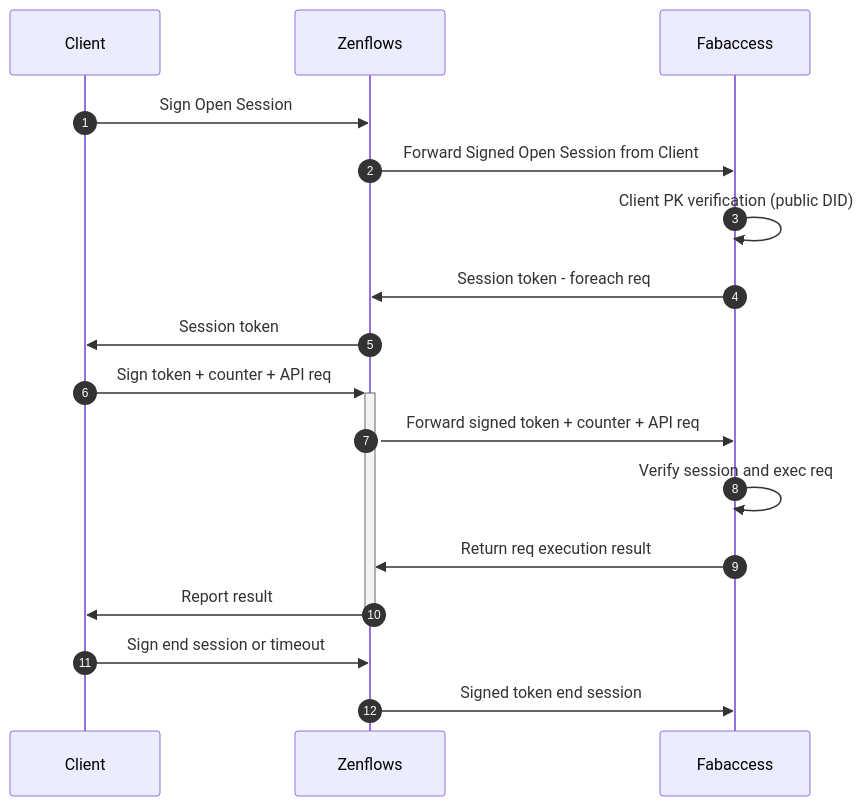
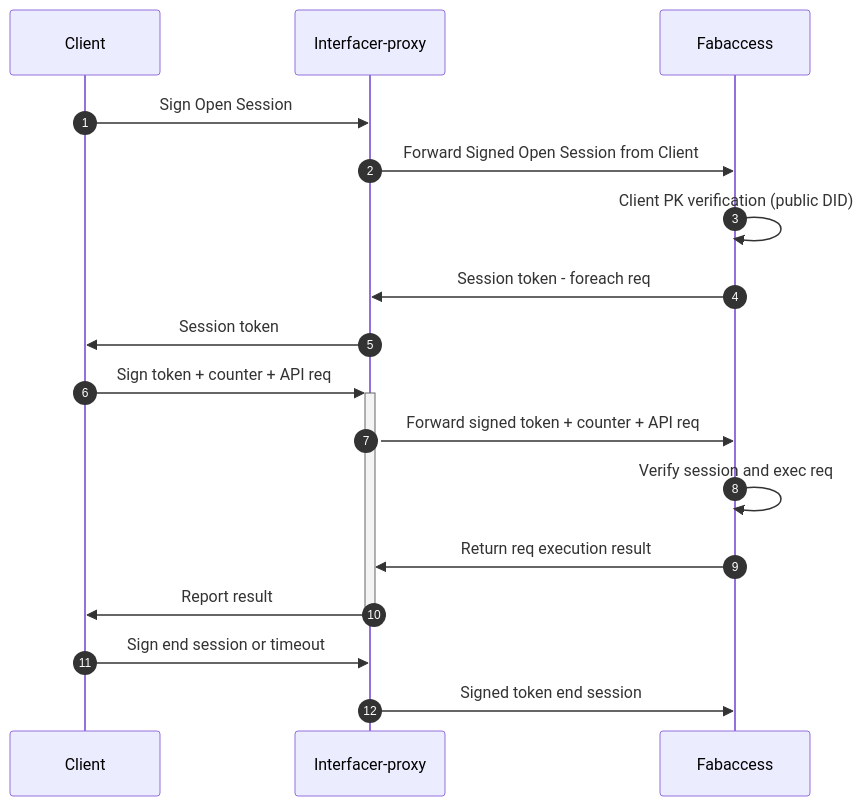
One commit to interfacerproject/zenflows-crypto changed the third of 3 diagrams in README.md. Above: the diagram before and after it, drawn with Mermaid. The commit also changed other lines of this file and 6 other files, not shown here.

````diff
--- a/README.md
+++ b/README.md
@@ -183,19 +183,19 @@
 ```mermaid
 sequenceDiagram
     autonumber
     participant C as Client
-    participant WS as Zenflows
+    participant WS as Interfacer-proxy
     participant FA as Fabaccess
     C->>WS: Sign Open Session
     WS->>FA: Forward Signed Open Session from Client
     FA->>FA: Client PK verification (public DID)
     FA->>WS: Session token - foreach req
     WS->>C: Session token
     C->>+WS: Sign token + counter + API req
     WS->>FA: Forward signed token + counter + API req
     FA->>FA: Verify session and exec req
     FA->>WS: Return req execution result
     WS->>-C: Report result
     C->>WS: Sign end session or timeout
     WS->>FA: Signed token end session
 ```
````
